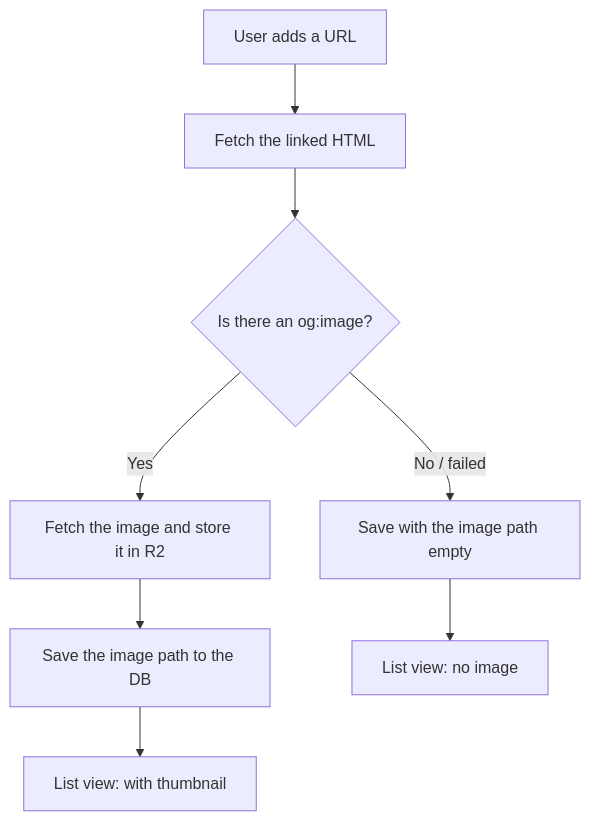
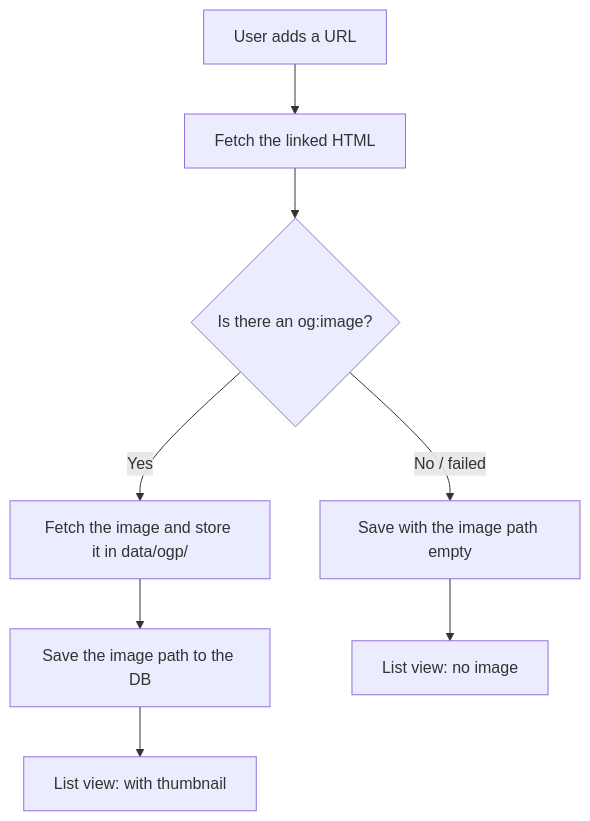
The diagram in i18n/en/docusaurus-plugin-content-docs/current/07-ogp-implementation.mdx (goofmint/cr-learning), drawn with Mermaid before and after one commit. The commit also changed other lines of this file and 16 other files, not shown here.

````diff
--- a/i18n/en/docusaurus-plugin-content-docs/current/07-ogp-implementation.mdx
+++ b/i18n/en/docusaurus-plugin-content-docs/current/07-ogp-implementation.mdx
@@ -63,10 +63,10 @@
 ```mermaid
 flowchart TD
   A[User adds a URL] --> B[Fetch the linked HTML]
   B --> C{Is there an og:image?}
   C -- No / failed --> E[Save with the image path empty]
-  C -- Yes --> D[Fetch the image and store it in R2]
+  C -- Yes --> D[Fetch the image and store it in data/ogp/]
   D --> F[Save the image path to the DB]
   E --> G[List view: no image]
   F --> H[List view: with thumbnail]
 ```
````
